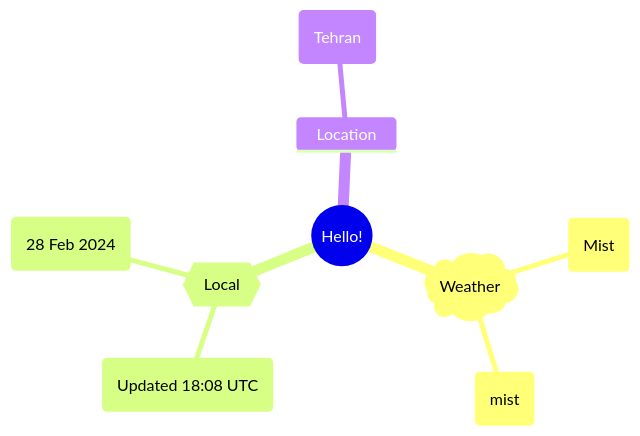
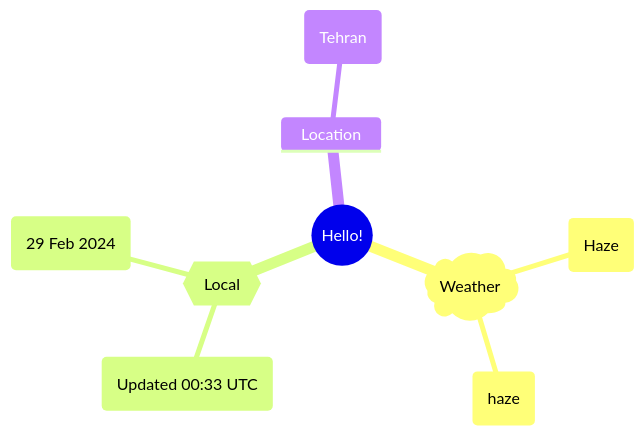
Before and after one commit to Xosrov/Xosrov: the first of 2 diagrams in README.md, drawn with Mermaid.

Commit message:
[bot] updated images

````diff
--- a/README.md
+++ b/README.md
@@ -3,12 +3,12 @@
 ```mermaid
 mindmap
   root((Hello!))
     )Weather(
-        (Mist)
-        (mist)
+        (Haze)
+        (haze)
     {{Local}}
-        (Updated 18:08 UTC)
-        (28 Feb 2024)
+        (Updated 00:33 UTC)
+        (29 Feb 2024)
     Location
         (Tehran)
 ```
````
